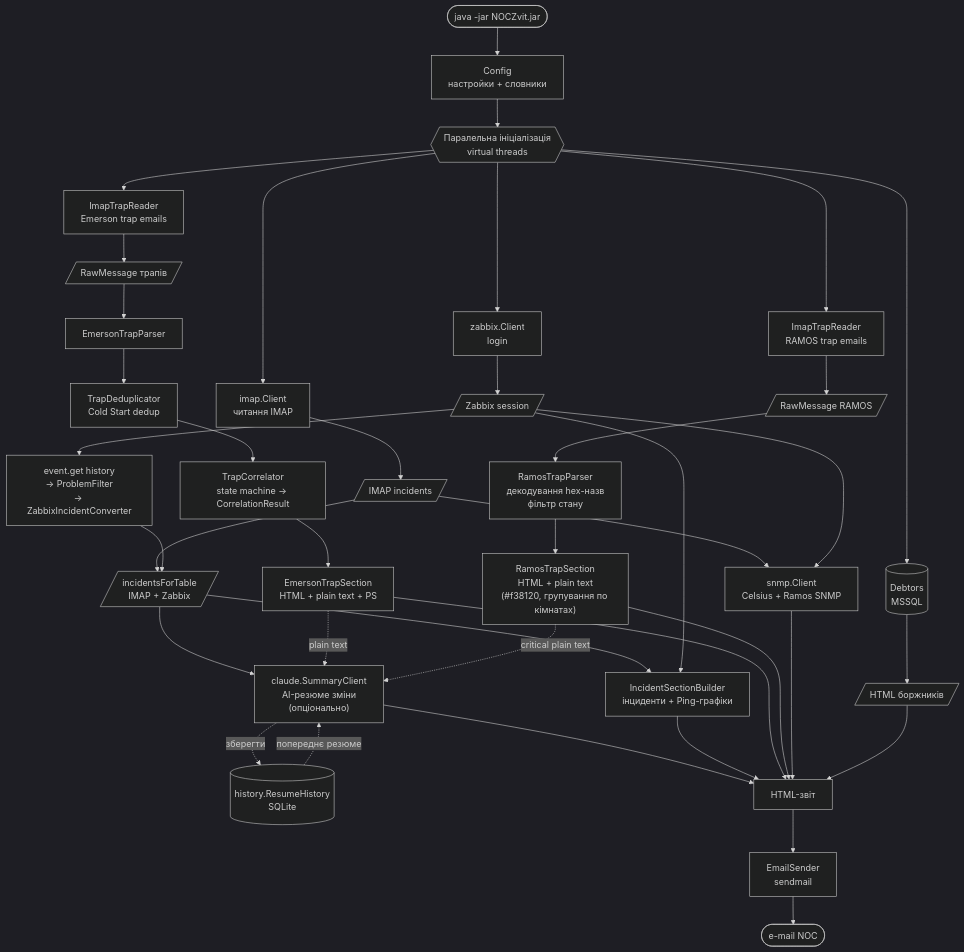
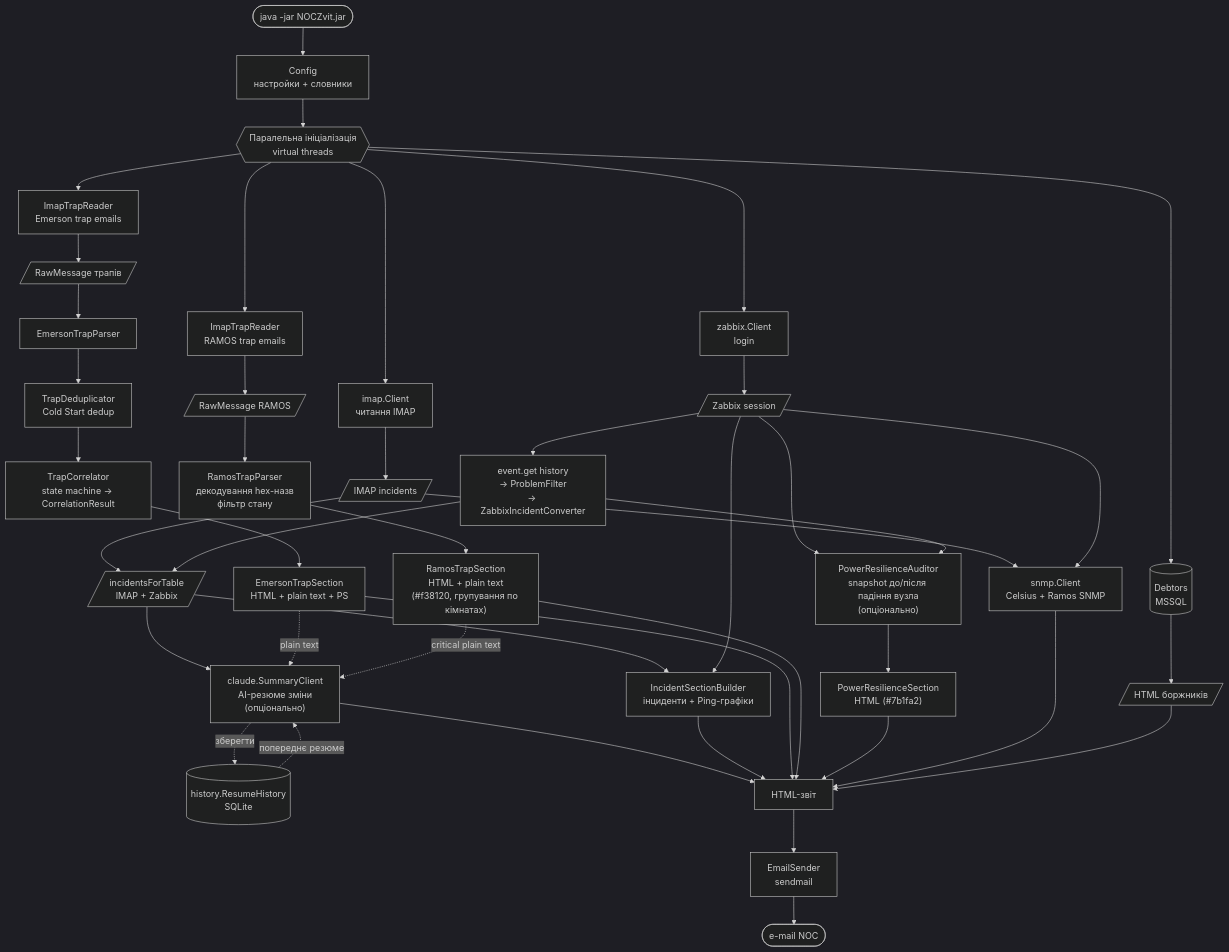
Before and after one commit to oldengremlin/NOCZvit: the first of 4 diagrams in README.md, drawn with Mermaid (dark theme). The commit also changed other lines of this file and 10 other files, not shown here.

````diff
--- a/README.md
+++ b/README.md
@@ -20,50 +20,54 @@
 ```mermaid
 flowchart TD
     CLI([java -jar NOCZvit.jar]) --> CFG[Config\nнастройки + словники]
     CFG --> PAR{{"Паралельна ініціалізація\nvirtual threads"}}
 
     PAR --> IMAP[imap.Client\nчитання IMAP]
     PAR --> ZAB[zabbix.Client\nlogin]
     PAR --> DB[(Debtors\nMSSQL)]
     PAR --> TRAP[ImapTrapReader\nEmerson trap emails]
     PAR --> RTRAP[ImapTrapReader\nRAMOS trap emails]
 
     IMAP --> INC[/IMAP incidents/]
     ZAB  --> ZS[/Zabbix session/]
     DB   --> DH[/HTML боржників/]
     TRAP --> TRAW[/RawMessage трапів/]
     RTRAP --> RRAW[/RawMessage RAMOS/]
 
     ZS --> ZEVT["event.get history\n→ ProblemFilter\n→ ZabbixIncidentConverter"]
     INC  --> MERGE[/incidentsForTable\nIMAP + Zabbix/]
     ZEVT --> MERGE
+
+    ZS & ZEVT --> RES["PowerResilienceAuditor\nsnapshot до/після падіння вузла\n(опціонально)"]
+    RES --> RSECT2["PowerResilienceSection\nHTML (#7b1fa2)"]
 
     TRAW --> TPARS[EmersonTrapParser]
     TPARS --> TDEDUP[TrapDeduplicator\nCold Start dedup]
     TDEDUP --> TCORR[TrapCorrelator\nstate machine → CorrelationResult]
     TCORR --> TSECT["EmersonTrapSection\nHTML + plain text + PS"]
 
     RRAW --> RPARS["RamosTrapParser\nдекодування hex-назв\nфільтр стану"]
     RPARS --> RSECT["RamosTrapSection\nHTML + plain text\n(#f38120, групування по кімнатах)"]
 
     MERGE --> CLAUDE["claude.SummaryClient\nAI-резюме зміни\n(опціонально)"]
     TSECT -. plain text .-> CLAUDE
     RSECT -. critical plain text .-> CLAUDE
     MERGE --> ISB[IncidentSectionBuilder\nінциденти + Ping-графіки]
     ZS    --> ISB
     INC & ZS --> SNMP[snmp.Client\nCelsius + Ramos SNMP]
 
     HIST[(history.ResumeHistory\nSQLite)]
     HIST -. попереднє резюме .-> CLAUDE
     CLAUDE -. зберегти .-> HIST
 
     CLAUDE --> HTML[HTML-звіт]
     ISB  --> HTML
     TSECT --> HTML
     RSECT --> HTML
+    RSECT2 --> HTML
     SNMP --> HTML
     DH   --> HTML
 
     HTML --> MAIL[EmailSender\nsendmail]
     MAIL --> OUT([e-mail NOC])
 ```
````
